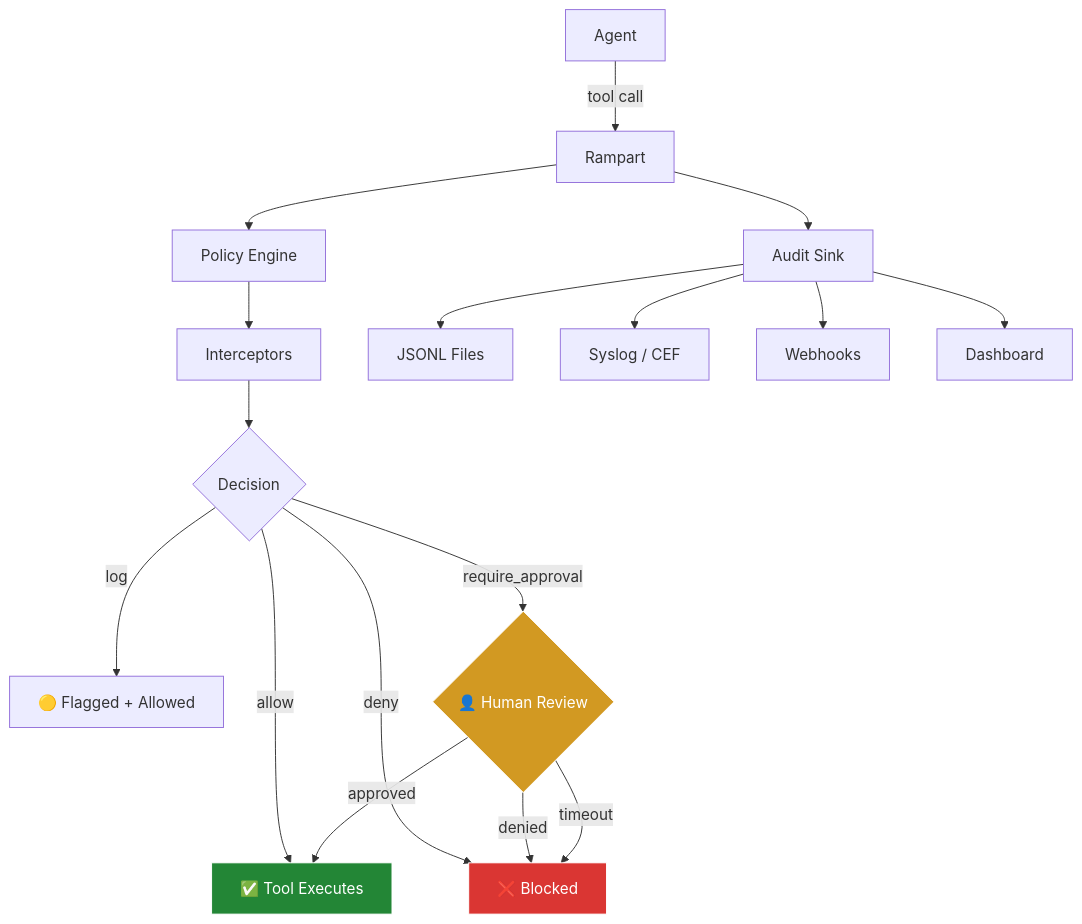
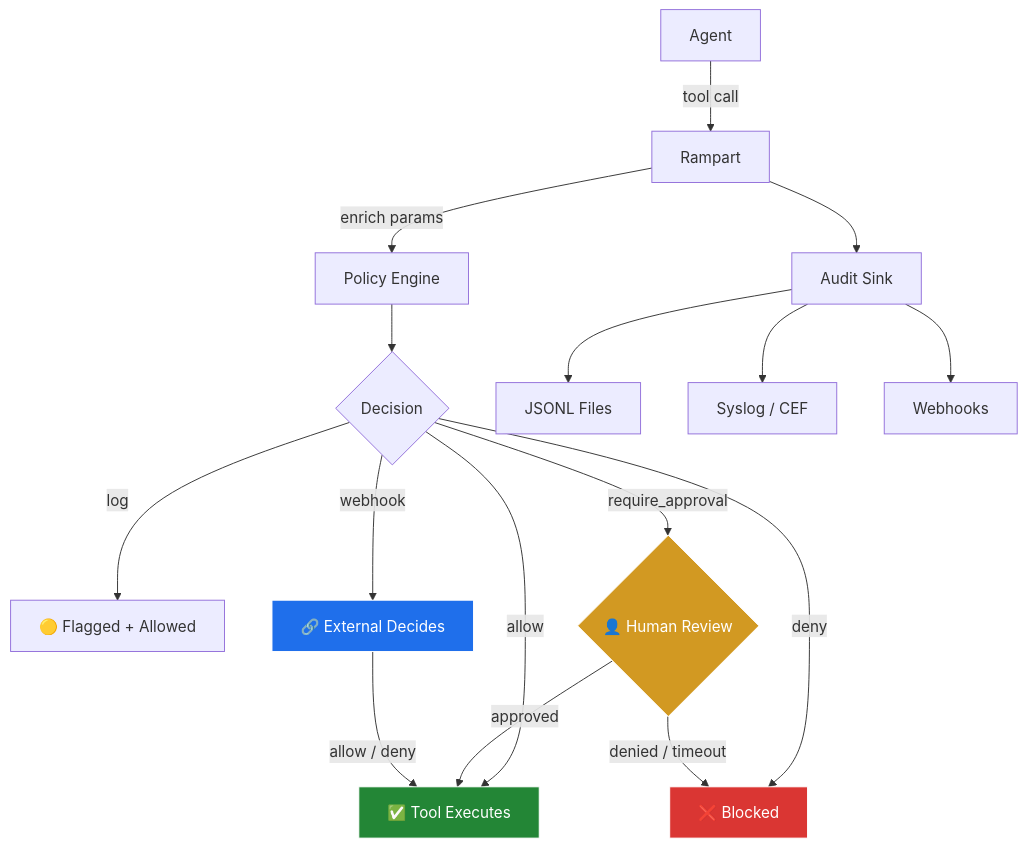
One commit to peg/rampart changed the diagram in docs-site/reference/architecture.md. Above: the diagram before and after it, drawn with Mermaid. The commit also changed 2 other files, not shown here.

Commit message:
docs: fix diagram accuracy against actual codebase
- policy-engine: add missing webhook action (deny > webhook > approval > log > allow)
- architecture: remove fake 'Interceptors' box (they're inline enrichment),
  add webhook decision path, remove dashboard from audit outputs (daemon-only)
- README: remove dashboard from observability subgraph (not an audit sink)

Verified against internal/engine/engine.go eval order and
internal/proxy/server.go + internal/daemon/api.go routes.

````diff
--- a/docs-site/reference/architecture.md
+++ b/docs-site/reference/architecture.md
@@ -7,23 +7,23 @@
 ```mermaid
 graph TB
     A[Agent] -->|tool call| R[Rampart]
-    R --> PE[Policy Engine]
-    PE --> I[Interceptors]
-    I --> D{Decision}
+    R -->|enrich params| PE[Policy Engine]
+    PE --> D{Decision}
     D -->|allow| T[✅ Tool Executes]
     D -->|deny| B[❌ Blocked]
     D -->|log| L[🟡 Flagged + Allowed]
+    D -->|webhook| WH[🔗 External Decides]
     D -->|require_approval| AP{👤 Human Review}
     AP -->|approved| T
-    AP -->|denied| B
-    AP -->|timeout| B
+    AP -->|denied / timeout| B
+    WH -->|allow / deny| T
     R --> AU[Audit Sink]
     AU --> J[JSONL Files]
     AU --> S[Syslog / CEF]
     AU --> W[Webhooks]
-    AU --> DB[Dashboard]
 
     style AP fill:#d29922,stroke:#fff,color:#fff
+    style WH fill:#1f6feb,stroke:#fff,color:#fff
     style T fill:#238636,stroke:#fff,color:#fff
     style B fill:#da3633,stroke:#fff,color:#fff
 ```
````
